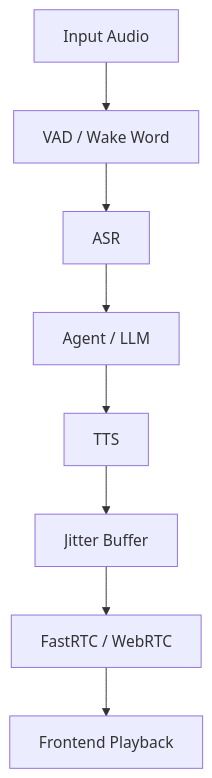
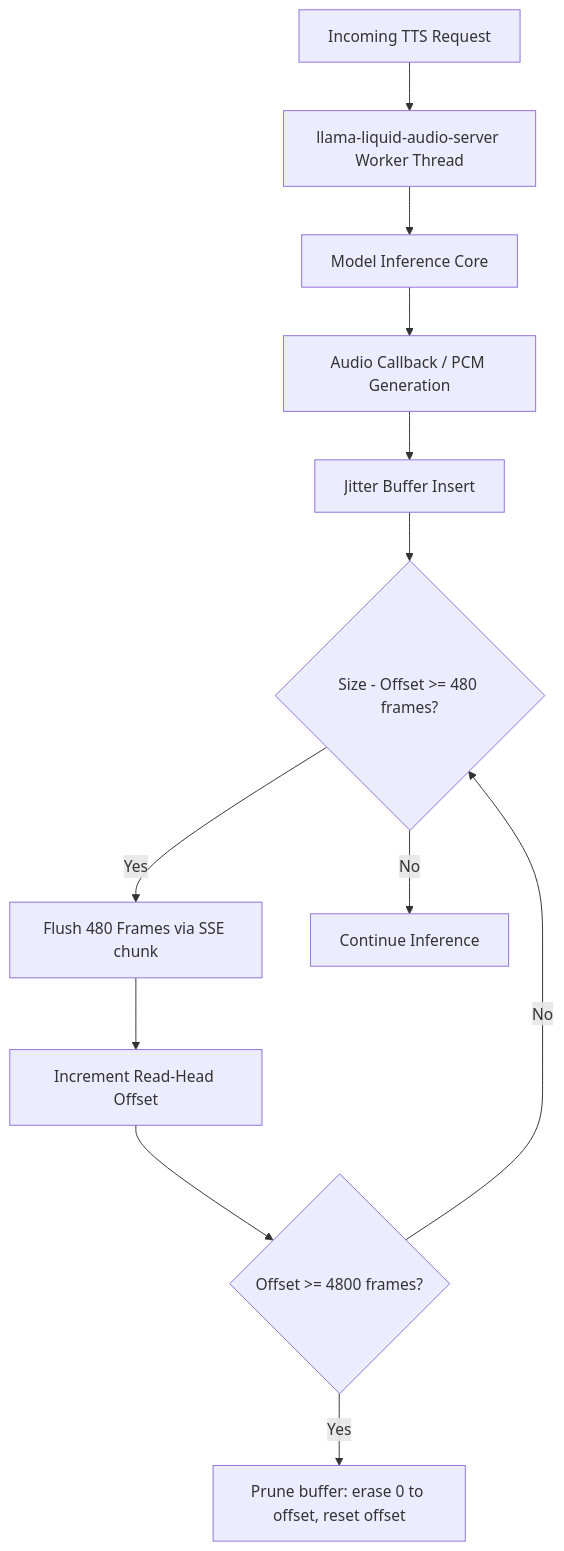
The diagram in .agents/reports/auralis-audio-optimization.md (carlosfundora/llama.cpp-1-bit-turbo), drawn with Mermaid before and after one commit. The commit also changed other lines of this file and 1 other file, not shown here.

First line of the commit message:
perf(audio): Optimize buffer flushing in liquid-audio server

````diff
--- a/.agents/reports/auralis-audio-optimization.md
+++ b/.agents/reports/auralis-audio-optimization.md
@@ -119,10 +36,14 @@
 ```mermaid
 flowchart TD
-    A[Input Audio] --> B[VAD / Wake Word]
-    B --> C[ASR]
-    C --> D[Agent / LLM]
-    D --> E[TTS]
-    E --> F[Jitter Buffer]
-    F --> G[FastRTC / WebRTC]
-    G --> H[Frontend Playback]
+    A[Incoming TTS Request] --> B[llama-liquid-audio-server Worker Thread]
+    B --> C[Model Inference Core]
+    C --> D[Audio Callback / PCM Generation]
+    D --> E[Jitter Buffer Insert]
+    E --> F{Size - Offset >= 480 frames?}
+    F -- Yes --> G[Flush 480 Frames via SSE chunk]
+    G --> H[Increment Read-Head Offset]
+    H --> I{Offset >= 4800 frames?}
+    I -- Yes --> J[Prune buffer: erase 0 to offset, reset offset]
+    I -- No --> F
+    F -- No --> K[Continue Inference]
 ```
````
